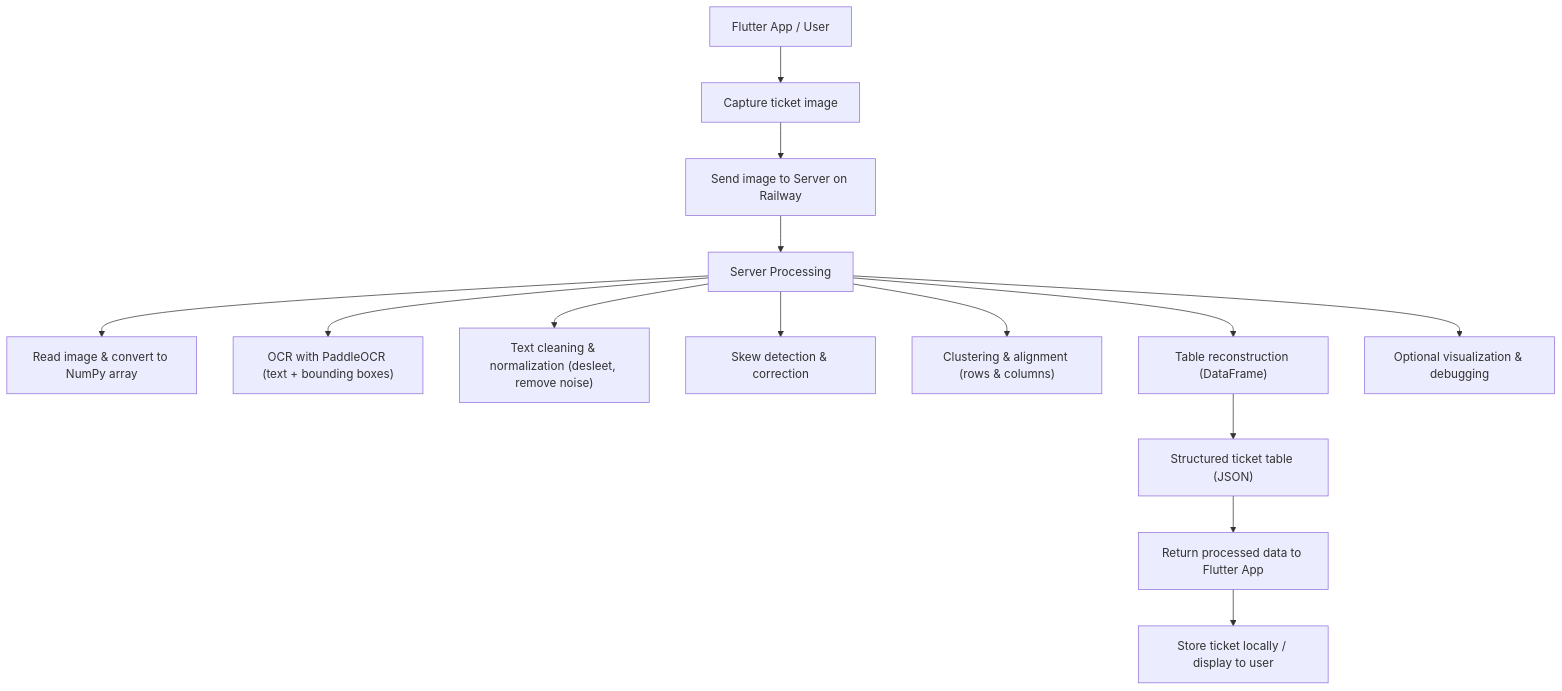
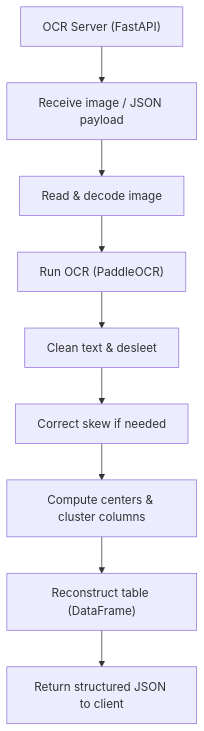
One commit to carlshue/ocr_ticketing changed the diagram in README.md. Above: the diagram before and after it, drawn with Mermaid.

Commit message:
Update architecture overview in README.md
Removed server-side steps from architecture overview and added clickable link to the user-side repository.

````diff
--- a/README.md
+++ b/README.md
@@ -11,21 +11,18 @@
 ```mermaid
 flowchart TD
-    A["Flutter App / User"] --> B["Capture ticket image"]
-    B --> C["Send image to Server on Railway"]
-    C --> D["Server Processing"]
+    %% Server-side OCR
+    SRV["OCR Server (FastAPI)"] --> R1["Receive image / JSON payload"]
+    R1 --> R2["Read & decode image"]
+    R2 --> R3["Run OCR (PaddleOCR)"]
+    R3 --> R4["Clean text & desleet"]
+    R4 --> R5["Correct skew if needed"]
+    R5 --> R6["Compute centers & cluster columns"]
+    R6 --> R7["Reconstruct table (DataFrame)"]
+    R7 --> R8["Return structured JSON to client"]
+    
+    %% Clickable link to repo
+    R8:::clickable
+    click R8 "[https://github.com/carlshue/ocr_ticketing](https://github.com/carlshue/ocr_app/tree/main)" "Go to user-side repo"
 
-    %% Server-side steps
-    D --> D1["Read image & convert to NumPy array"]
-    D --> D2["OCR with PaddleOCR (text + bounding boxes)"]
-    D --> D3["Text cleaning & normalization (desleet, remove noise)"]
-    D --> D4["Skew detection & correction"]
-    D --> D5["Clustering & alignment (rows & columns)"]
-    D --> D6["Table reconstruction (DataFrame)"]
-    D --> D7["Optional visualization & debugging"]
-
-    %% Output
-    D6 --> E["Structured ticket table (JSON)"]
-    E --> F["Return processed data to Flutter App"]
-    F --> G["Store ticket locally / display to user"]
 
 ```
````
